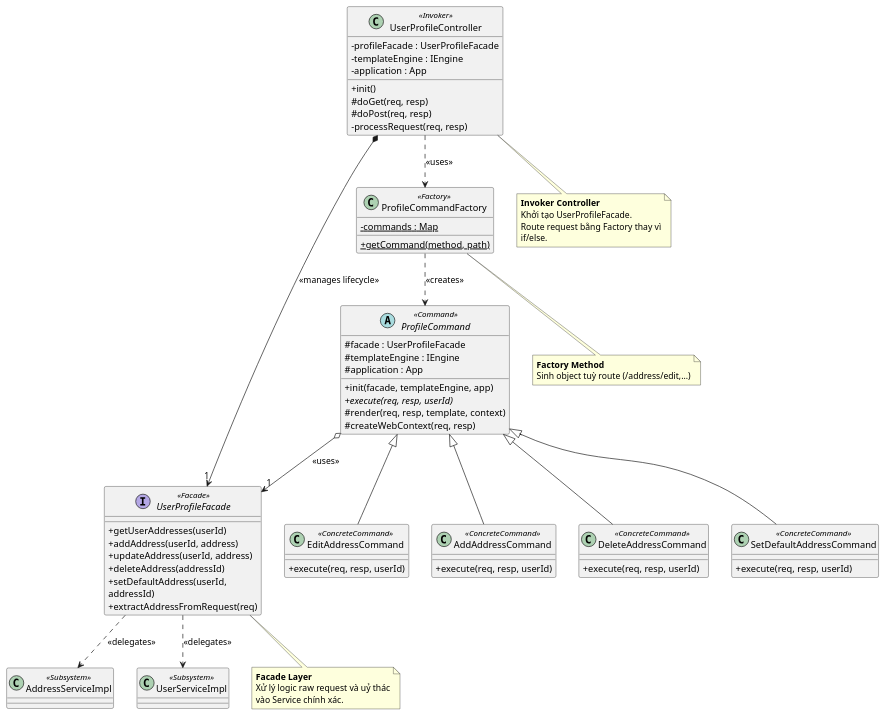
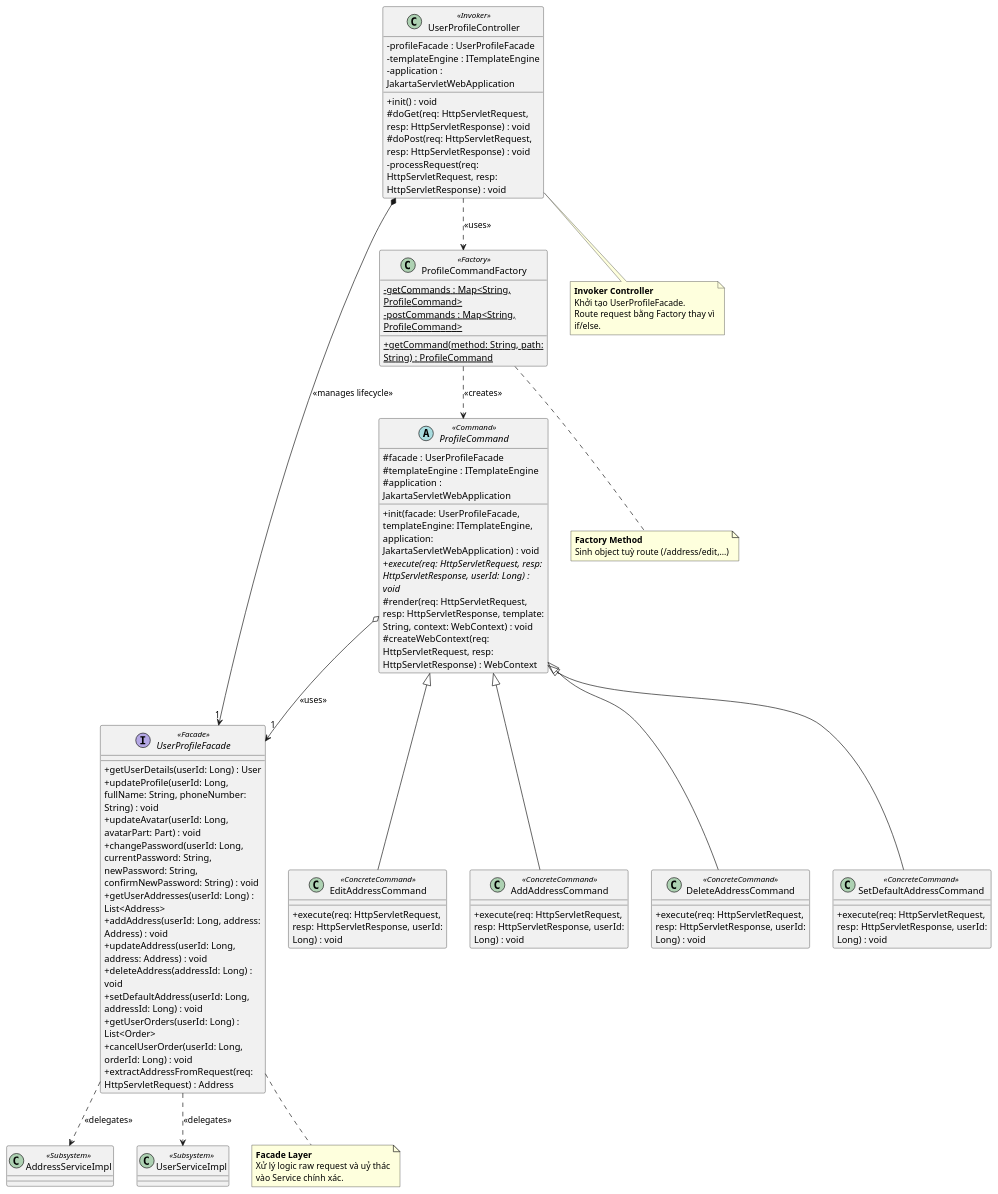
The diagram in src/Okarin_Pattern_Puml/command_facade_address_update.puml (trihieuvo/justFUML), drawn with PlantUML before and after one commit. The commit also changed 2 other files, not shown here.

```diff
--- a/src/Okarin_Pattern_Puml/command_facade_address_update.puml
+++ b/src/Okarin_Pattern_Puml/command_facade_address_update.puml
@@ -1,93 +1,100 @@
 @startuml
 skinparam ClassAttributeIconSize 0
 skinparam wrapWidth 250
 skinparam spacing 50
 top to bottom direction
 
 ' --- Abstract Class ---
 abstract class ProfileCommand <<Command>> {
     # facade : UserProfileFacade
-    # templateEngine : IEngine
-    # application : App
-    + init(facade, templateEngine, app)
-    + {abstract} execute(req, resp, userId)
-    # render(req, resp, template, context)
-    # createWebContext(req, resp)
+    # templateEngine : ITemplateEngine
+    # application : JakartaServletWebApplication
+    + init(facade: UserProfileFacade, templateEngine: ITemplateEngine, application: JakartaServletWebApplication) : void
+    + {abstract} execute(req: HttpServletRequest, resp: HttpServletResponse, userId: Long) : void
+    # render(req: HttpServletRequest, resp: HttpServletResponse, template: String, context: WebContext) : void
+    # createWebContext(req: HttpServletRequest, resp: HttpServletResponse) : WebContext
 }
 
 ' --- Interface ---
 interface UserProfileFacade <<Facade>> {
-    + getUserAddresses(userId)
-    + addAddress(userId, address)
-    + updateAddress(userId, address)
-    + deleteAddress(addressId)
-    + setDefaultAddress(userId, addressId)
-    + extractAddressFromRequest(req)
+    + getUserDetails(userId: Long) : User
+    + updateProfile(userId: Long, fullName: String, phoneNumber: String) : void
+    + updateAvatar(userId: Long, avatarPart: Part) : void
+    + changePassword(userId: Long, currentPassword: String, newPassword: String, confirmNewPassword: String) : void
+    + getUserAddresses(userId: Long) : List<Address>
+    + addAddress(userId: Long, address: Address) : void
+    + updateAddress(userId: Long, address: Address) : void
+    + deleteAddress(addressId: Long) : void
+    + setDefaultAddress(userId: Long, addressId: Long) : void
+    + getUserOrders(userId: Long) : List<Order>
+    + cancelUserOrder(userId: Long, orderId: Long) : void
+    + extractAddressFromRequest(req: HttpServletRequest) : Address
 }
 
 ' --- Concrete Commands ---
 class EditAddressCommand <<ConcreteCommand>> {
-    + execute(req, resp, userId)
+    + execute(req: HttpServletRequest, resp: HttpServletResponse, userId: Long) : void
 }
 class AddAddressCommand <<ConcreteCommand>> {
-    + execute(req, resp, userId)
+    + execute(req: HttpServletRequest, resp: HttpServletResponse, userId: Long) : void
 }
 class DeleteAddressCommand <<ConcreteCommand>> {
-    + execute(req, resp, userId)
+    + execute(req: HttpServletRequest, resp: HttpServletResponse, userId: Long) : void
 }
 class SetDefaultAddressCommand <<ConcreteCommand>> {
-    + execute(req, resp, userId)
+    + execute(req: HttpServletRequest, resp: HttpServletResponse, userId: Long) : void
 }
 
 ' --- Factory ---
 class ProfileCommandFactory <<Factory>> {
-    - {static} commands : Map
-    + {static} getCommand(method, path)
+    - {static} getCommands : Map<String, ProfileCommand>
+    - {static} postCommands : Map<String, ProfileCommand>
+    + {static} getCommand(method: String, path: String) : ProfileCommand
 }
 
 ' --- Client / Controller ---
 class UserProfileController <<Invoker>> {
     - profileFacade : UserProfileFacade
-    - templateEngine : IEngine
-    - application : App
-    + init()
-    # doGet(req, resp)
-    # doPost(req, resp)
-    - processRequest(req, resp)
+    - templateEngine : ITemplateEngine
+    - application : JakartaServletWebApplication
+    + init() : void
+    # doGet(req: HttpServletRequest, resp: HttpServletResponse) : void
+    # doPost(req: HttpServletRequest, resp: HttpServletResponse) : void
+    - processRequest(req: HttpServletRequest, resp: HttpServletResponse) : void
 }
 
 ' --- Subsystems ---
 class AddressServiceImpl <<Subsystem>>
 class UserServiceImpl <<Subsystem>>
 
 ' --- Relationships ---
 ProfileCommand <|-- EditAddressCommand
 ProfileCommand <|-- AddAddressCommand
 ProfileCommand <|-- DeleteAddressCommand
 ProfileCommand <|-- SetDefaultAddressCommand
 
 UserProfileController ..> ProfileCommandFactory : "<<uses>>"
 ProfileCommandFactory ..> ProfileCommand : "<<creates>>"
 UserProfileController *--> "1" UserProfileFacade : "<<manages lifecycle>>"
 ProfileCommand o--> "1" UserProfileFacade : "<<uses>>"
 UserProfileFacade ..> AddressServiceImpl : "<<delegates>>"
 UserProfileFacade ..> UserServiceImpl : "<<delegates>>"
 
 note bottom of UserProfileController
   **Invoker Controller**
   Khởi tạo UserProfileFacade.
   Route request bằng Factory thay vì if/else.
 end note
 
 note bottom of ProfileCommandFactory
   **Factory Method**
   Sinh object tuỳ route (/address/edit,...)
 end note
 
 note bottom of UserProfileFacade
   **Facade Layer**
   Xử lý logic raw request và uỷ thác 
   vào Service chính xác.
 end note
 
 @enduml
```
